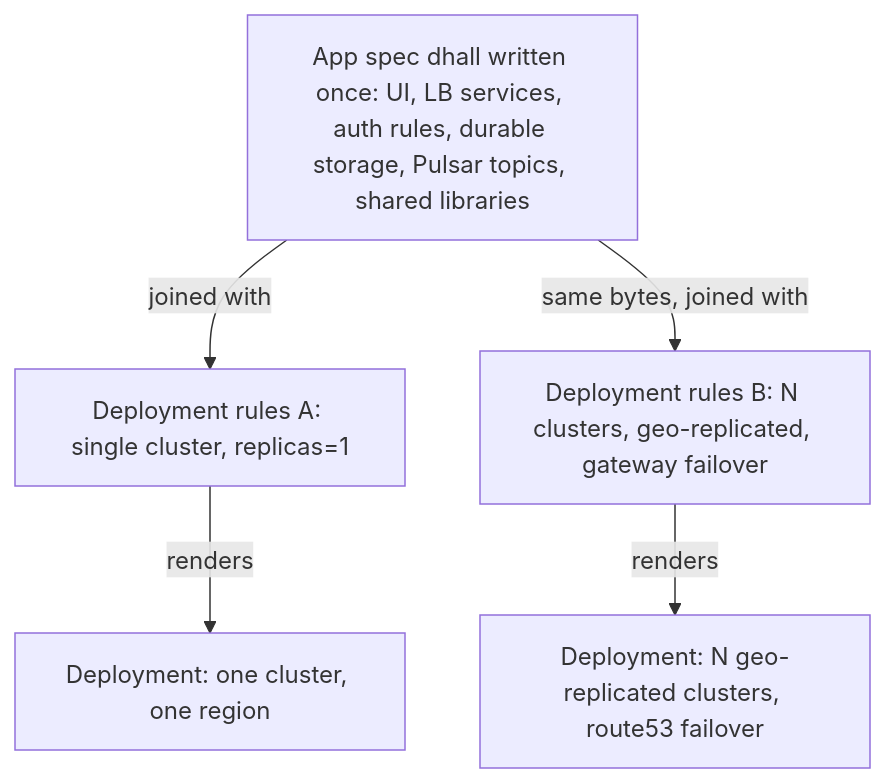
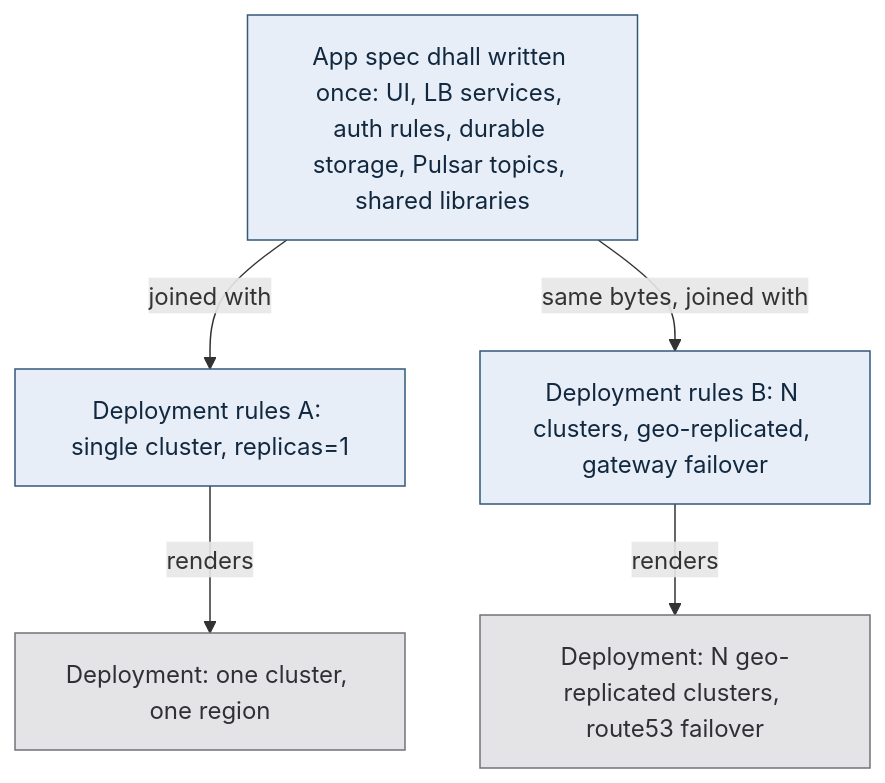
One commit to Tuee22/amoebius changed the diagram in documents/engineering/app_vs_deployment_doctrine.md. Above: the diagram before and after it, drawn with Mermaid. The commit also changed other lines of this file and 36 other files, not shown here.

````diff
--- a/documents/engineering/app_vs_deployment_doctrine.md
+++ b/documents/engineering/app_vs_deployment_doctrine.md
@@ -308,7 +310,9 @@
 ```mermaid
 flowchart TD
-  app[App spec dhall written once: UI, LB services, auth rules, durable storage, Pulsar topics, shared libraries] -->|joined with| r1[Deployment rules A: single cluster, replicas=1]
-  app -->|same bytes, joined with| r2[Deployment rules B: N clusters, geo-replicated, gateway failover]
-  r1 -->|renders| d1[Deployment: one cluster, one region]
-  r2 -->|renders| d2[Deployment: N geo-replicated clusters, route53 failover]
+  app["App spec dhall written once: UI, LB services, auth rules, durable storage, Pulsar topics, shared libraries"]:::intent -->|joined with| r1["Deployment rules A: single cluster, replicas=1"]:::intent
+  app -->|same bytes, joined with| r2["Deployment rules B: N clusters, geo-replicated, gateway failover"]:::intent
+  r1 -->|renders| d1["Deployment: one cluster, one region"]:::runtime
+  r2 -->|renders| d2["Deployment: N geo-replicated clusters, route53 failover"]:::runtime
+  classDef intent   fill:#e8eef7,stroke:#33587a,color:#12283f,stroke-width:1px
+  classDef runtime  fill:#e4e4e7,stroke:#71717a,color:#2f2f35,stroke-width:1px
 ```
````
